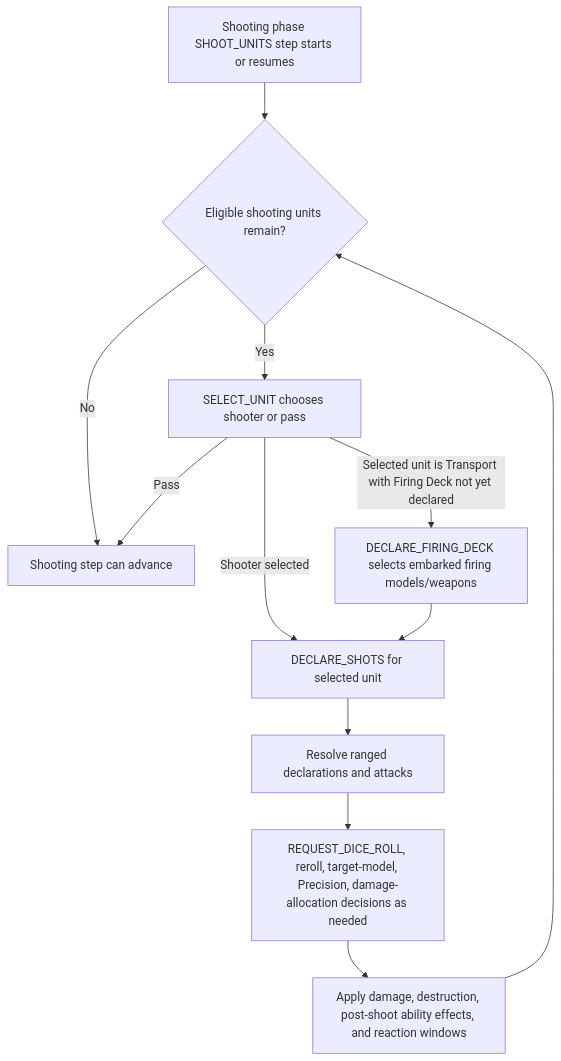
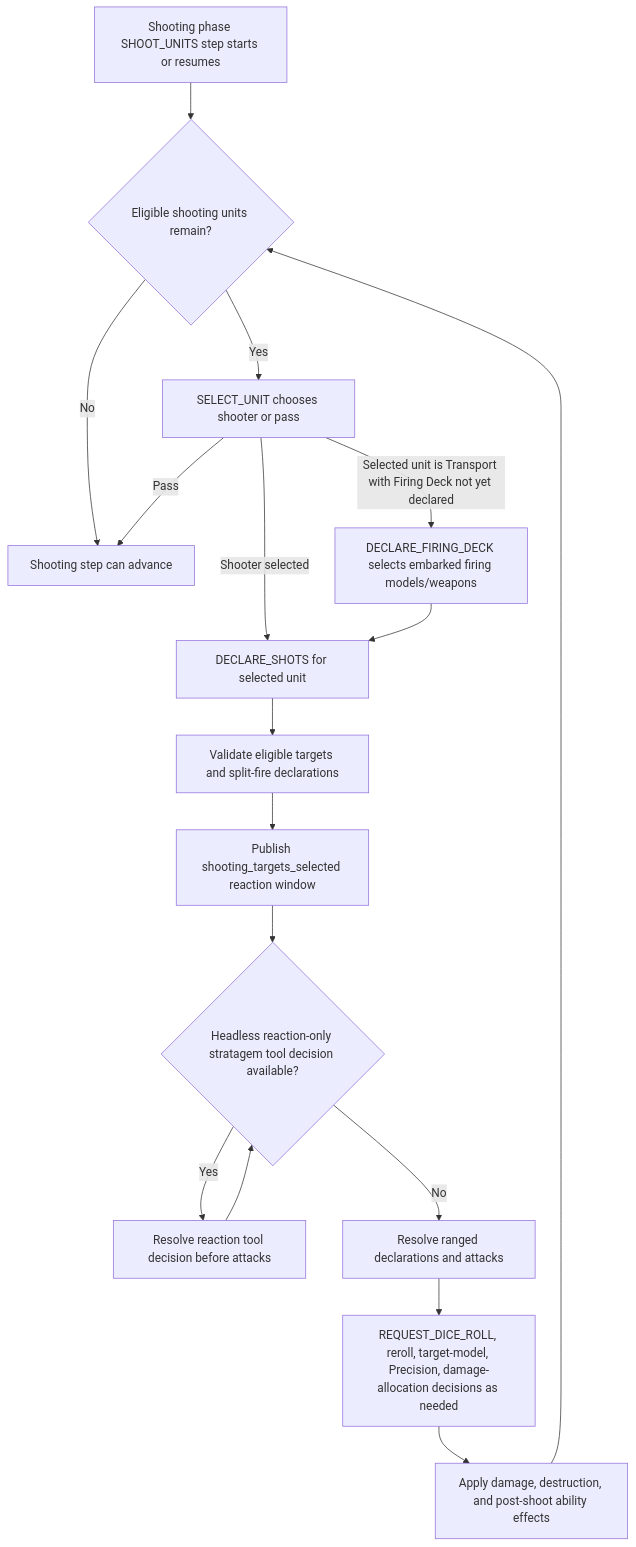
Before and after one commit to SobolGaming/Warhammer40k_AI: the fifth of 8 diagrams in docs/AI_AGENT_HIERARCHY.md, drawn with Mermaid. The commit also changed other lines of this file and 8 other files, not shown here.

Commit message:
Validate shooting declarations before reactions

````diff
--- a/docs/AI_AGENT_HIERARCHY.md
+++ b/docs/AI_AGENT_HIERARCHY.md
@@ -197,14 +197,19 @@
 ```mermaid
 flowchart TD
   A["Shooting phase SHOOT_UNITS step starts or resumes"] --> B{"Eligible shooting units remain?"}
   B -->|"No"| C["Shooting step can advance"]
   B -->|"Yes"| D["SELECT_UNIT chooses shooter or pass"]
   D -->|"Pass"| C
   D -->|"Shooter selected"| G["DECLARE_SHOTS for selected unit"]
   D -->|"Selected unit is Transport with Firing Deck not yet declared"| F["DECLARE_FIRING_DECK selects embarked firing models/weapons"]
   F --> G
-  G --> H["Resolve ranged declarations and attacks"]
-  H --> I["REQUEST_DICE_ROLL, reroll, target-model, Precision, damage-allocation decisions as needed"]
-  I --> J["Apply damage, destruction, post-shoot ability effects, and reaction windows"]
-  J --> B
+  G --> H["Validate eligible targets and split-fire declarations"]
+  H --> I["Publish shooting_targets_selected reaction window"]
+  I --> J{"Headless reaction-only stratagem tool decision available?"}
+  J -->|"Yes"| K["Resolve reaction tool decision before attacks"]
+  K --> J
+  J -->|"No"| L["Resolve ranged declarations and attacks"]
+  L --> M["REQUEST_DICE_ROLL, reroll, target-model, Precision, damage-allocation decisions as needed"]
+  M --> N["Apply damage, destruction, and post-shoot ability effects"]
+  N --> B
 ```
````
